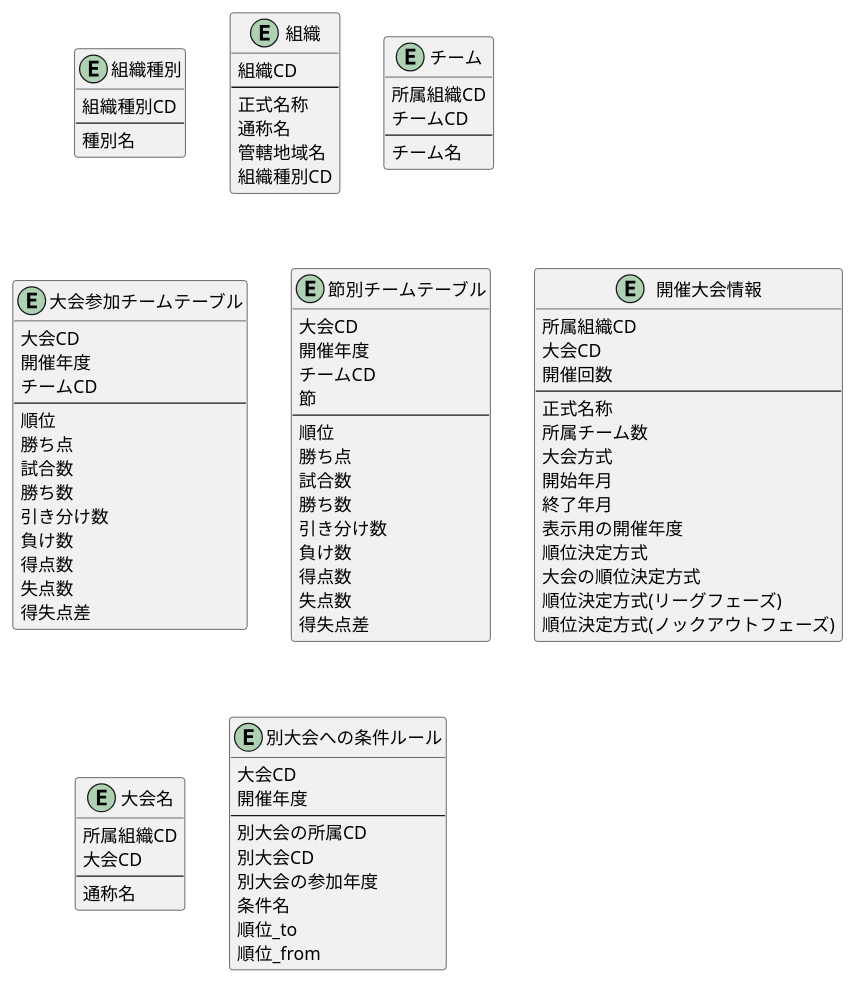
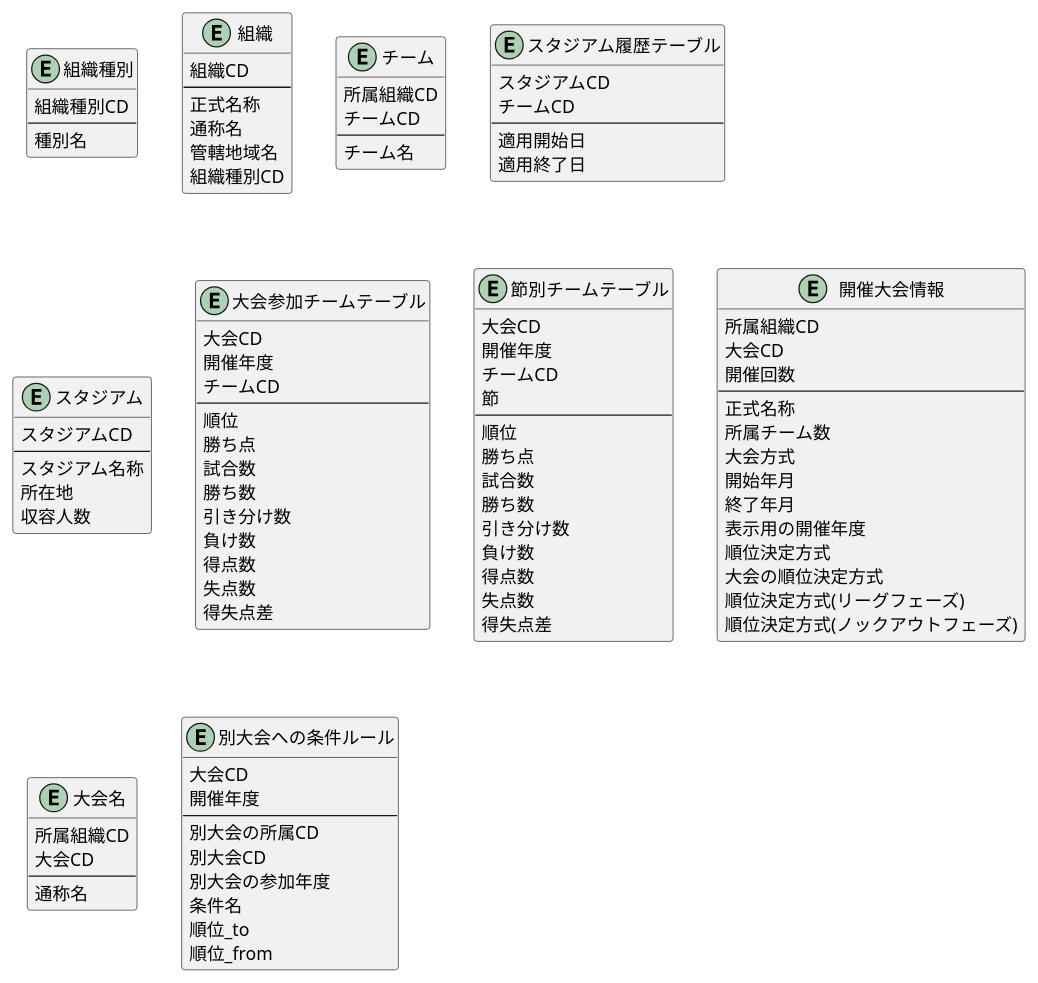
The diagram in soccker_db.puml (LCC-SYamada/SocckerDB_PlantUML), drawn with PlantUML before and after one commit.

Commit message:
スタジアムのテーブルを追加

```diff
--- a/soccker_db.puml
+++ b/soccker_db.puml
@@ -1,93 +1,110 @@
 @startuml
 
 Entity "組織種別" as OrganizationType {
   組織種別CD
   --
   種別名
 }
 
 Entity "組織" as Organization {
   組織CD
   --
   正式名称
   通称名
   管轄地域名
   組織種別CD
 }
+
 Entity "チーム" as Team {
   所属組織CD
   チームCD
   --
   チーム名
+}
+
+Entity "スタジアム履歴テーブル" as StadiumHistory {
+  スタジアムCD
+  チームCD
+  --
+  適用開始日
+  適用終了日
+}
+
+Entity "スタジアム" as Stadium {
+  スタジアムCD
+  --
+  スタジアム名称
+  所在地
+  収容人数
 }
 
 Entity "大会参加チームテーブル" as SeaSonTournament {
   大会CD
   開催年度
   チームCD
   --
   順位
   勝ち点
   試合数
   勝ち数
   引き分け数
   負け数
   得点数
   失点数
   得失点差  
 }
 
 Entity "節別チームテーブル" as MatchDayRank {
   大会CD
   開催年度
   チームCD
   節
   --
   順位
   勝ち点
   試合数
   勝ち数
   引き分け数
   負け数
   得点数
   失点数
   得失点差  
 }
 
 Entity "開催大会情報" as TournamentInfo {
   所属組織CD
   大会CD
   開催回数
   --
   正式名称
   所属チーム数
   大会方式
   開始年月
   終了年月
   表示用の開催年度
   順位決定方式
   大会の順位決定方式
   順位決定方式(リーグフェーズ)
   順位決定方式(ノックアウトフェーズ)
 }
 
 Entity "大会名" as Tournament {
   所属組織CD
   大会CD
   --
   通称名
 }
 
 Entity "別大会への条件ルール" as TournamentDetail {
   大会CD
   開催年度
   --
   別大会の所属CD
   別大会CD
   別大会の参加年度
   条件名
   順位_to
   順位_from
 }
 
 @enduml
```
